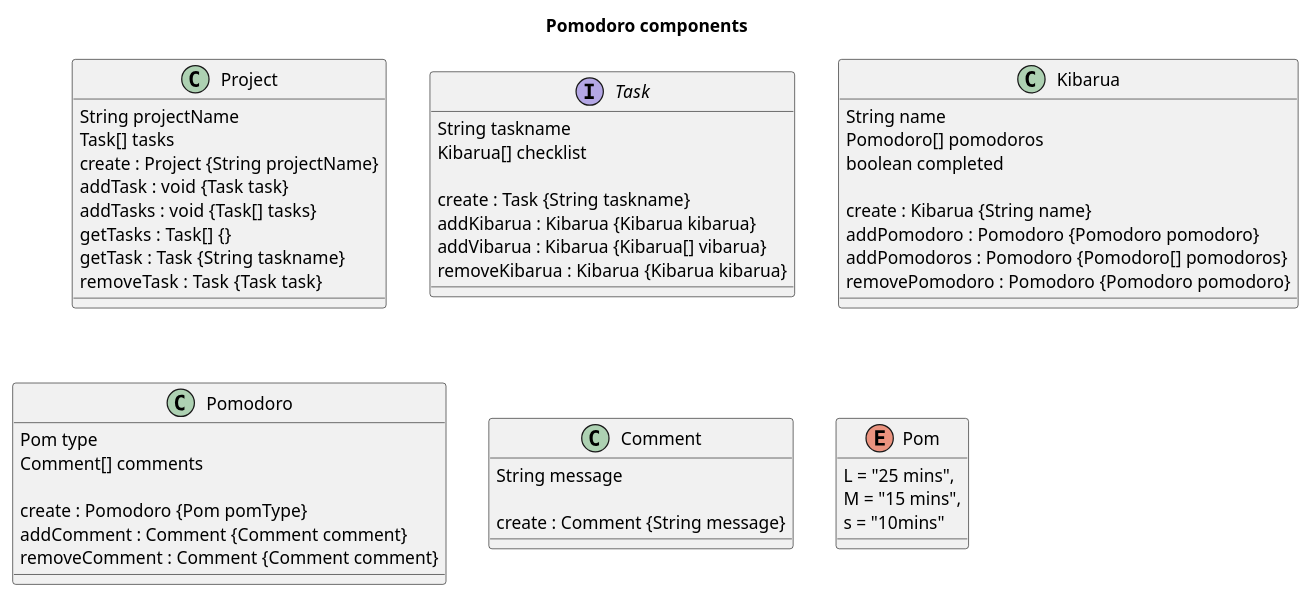
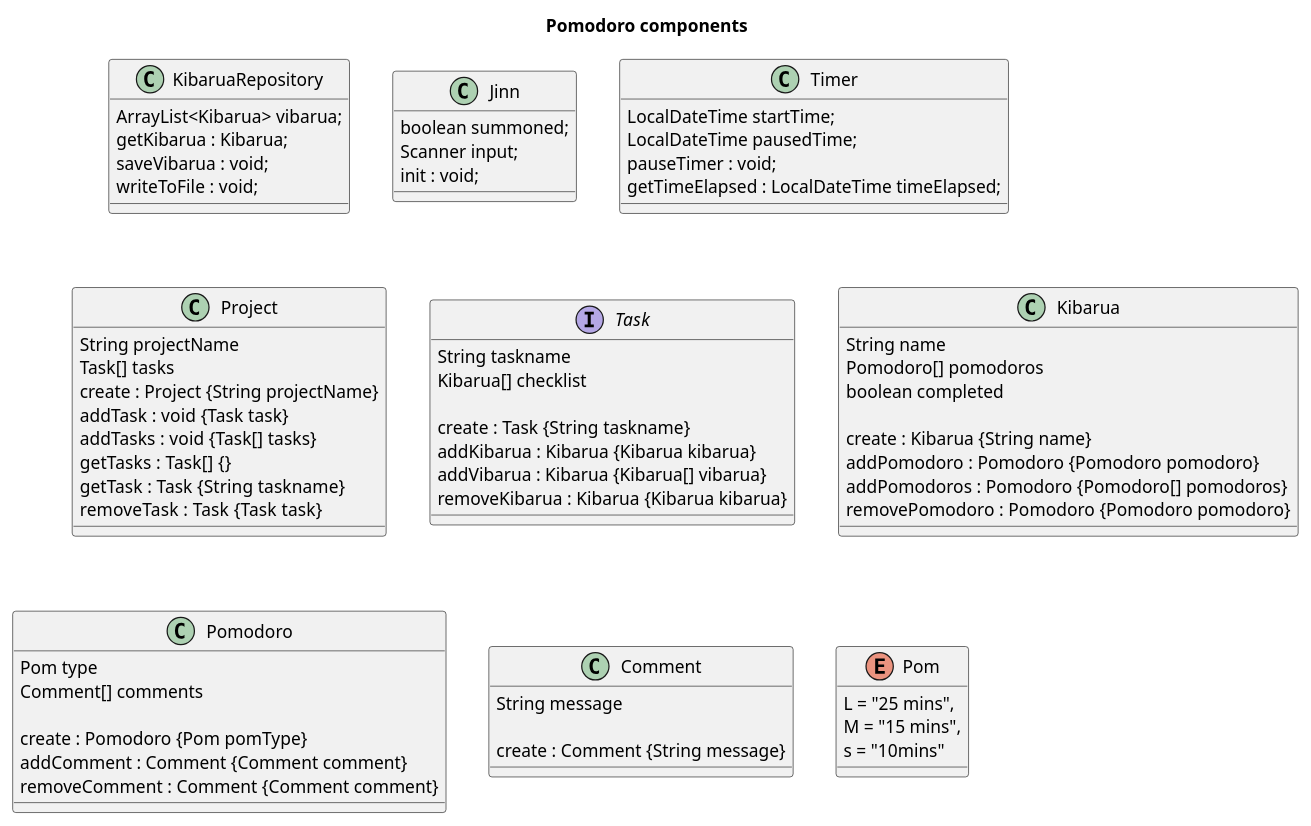
The diagram in PlantUmls/ClassDiagrams.puml (samkahunga65/Pomodoro-v2), drawn with PlantUML before and after one commit. The commit also changed 15 other files, not shown here.

```diff
--- a/PlantUmls/ClassDiagrams.puml
+++ b/PlantUmls/ClassDiagrams.puml
@@ -1,58 +1,78 @@
 @startuml
 
 title Pomodoro components
+
+class KibaruaRepository {
+    ArrayList<Kibarua> vibarua;
+    getKibarua : Kibarua;
+    saveVibarua : void;
+    writeToFile : void;
+}
+
+class Jinn {
+    boolean summoned;
+    Scanner input;
+    init : void;
+
+}
+class Timer {
+    LocalDateTime startTime;
+    LocalDateTime pausedTime;
+    pauseTimer : void;
+    getTimeElapsed : LocalDateTime timeElapsed;
+}
 
 class Project {
 String projectName
 Task[] tasks
 create : Project {String projectName}
 addTask : void {Task task}
 addTasks : void {Task[] tasks}
 getTasks : Task[] {}
 getTask : Task {String taskname}
 removeTask : Task {Task task}
 }
 
 interface Task {
 String taskname
 Kibarua[] checklist
 
 create : Task {String taskname}
 addKibarua : Kibarua {Kibarua kibarua}
 addVibarua : Kibarua {Kibarua[] vibarua}
 removeKibarua : Kibarua {Kibarua kibarua}
 }
 
 class Kibarua {
 String name
 Pomodoro[] pomodoros
 boolean completed
 
 create : Kibarua {String name}
 addPomodoro : Pomodoro {Pomodoro pomodoro}
 addPomodoros : Pomodoro {Pomodoro[] pomodoros}
 removePomodoro : Pomodoro {Pomodoro pomodoro}
 }
 
 class Pomodoro {
 Pom type 
 Comment[] comments
 
 create : Pomodoro {Pom pomType}
 addComment : Comment {Comment comment}
 removeComment : Comment {Comment comment}
 }
 
 class Comment {
 String message
 
 create : Comment {String message}
 }
 
 enum Pom {
 L = "25 mins",
 M = "15 mins",
 s = "10mins"
 }
 
 @enduml
```
